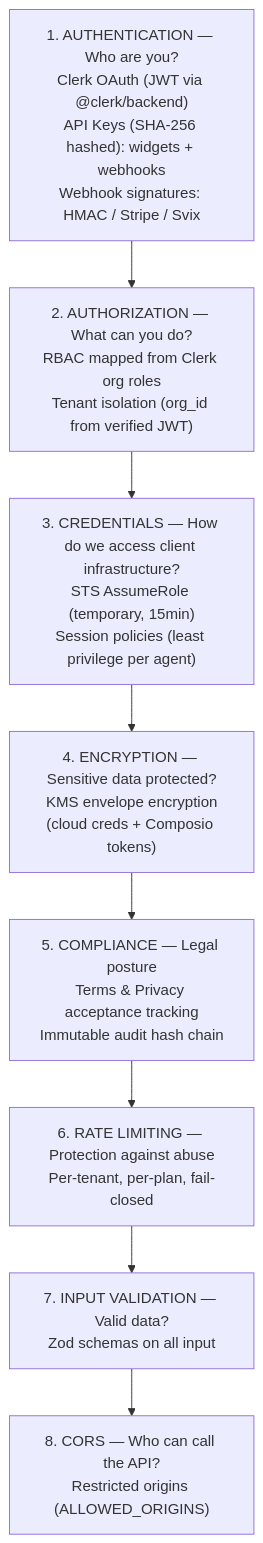
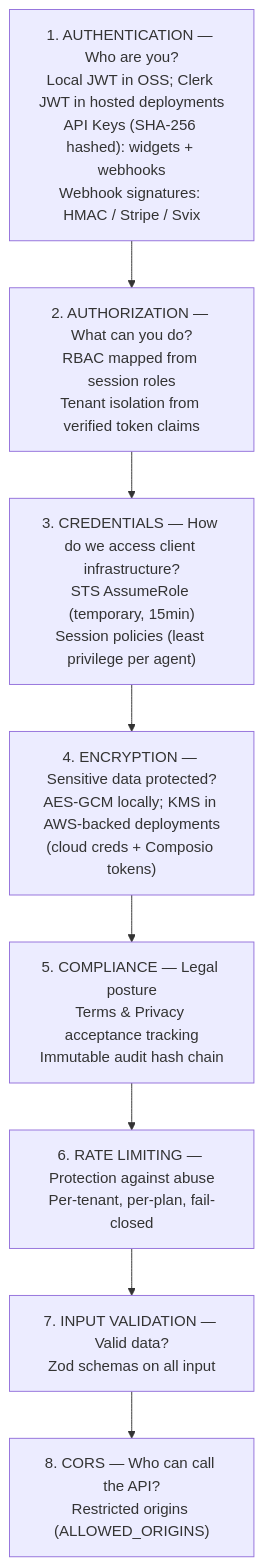
The first of 3 diagrams in docs/08-security.md (vinicius91carvalho/causeflow-ai), drawn with Mermaid before and after one commit. The commit also changed other lines of this file and 27 other files, not shown here.

````diff
--- a/docs/08-security.md
+++ b/docs/08-security.md
@@ -11,13 +11,13 @@
 ```mermaid
 graph TD
-    L1["1. AUTHENTICATION — Who are you?\nClerk OAuth (JWT via @clerk/backend)\nAPI Keys (SHA-256 hashed): widgets + webhooks\nWebhook signatures: HMAC / Stripe / Svix"]
-    L2["2. AUTHORIZATION — What can you do?\nRBAC mapped from Clerk org roles\nTenant isolation (org_id from verified JWT)"]
+    L1["1. AUTHENTICATION — Who are you?\nLocal JWT in OSS; Clerk JWT in hosted deployments\nAPI Keys (SHA-256 hashed): widgets + webhooks\nWebhook signatures: HMAC / Stripe / Svix"]
+    L2["2. AUTHORIZATION — What can you do?\nRBAC mapped from session roles\nTenant isolation from verified token claims"]
     L3["3. CREDENTIALS — How do we access client infrastructure?\nSTS AssumeRole (temporary, 15min)\nSession policies (least privilege per agent)"]
-    L4["4. ENCRYPTION — Sensitive data protected?\nKMS envelope encryption\n(cloud creds + Composio tokens)"]
+    L4["4. ENCRYPTION — Sensitive data protected?\nAES-GCM locally; KMS in AWS-backed deployments\n(cloud creds + Composio tokens)"]
     L5["5. COMPLIANCE — Legal posture\nTerms & Privacy acceptance tracking\nImmutable audit hash chain"]
     L6["6. RATE LIMITING — Protection against abuse\nPer-tenant, per-plan, fail-closed"]
     L7["7. INPUT VALIDATION — Valid data?\nZod schemas on all input"]
     L8["8. CORS — Who can call the API?\nRestricted origins (ALLOWED_ORIGINS)"]
 
     L1 --> L2 --> L3 --> L4 --> L5 --> L6 --> L7 --> L8
 ```
````
